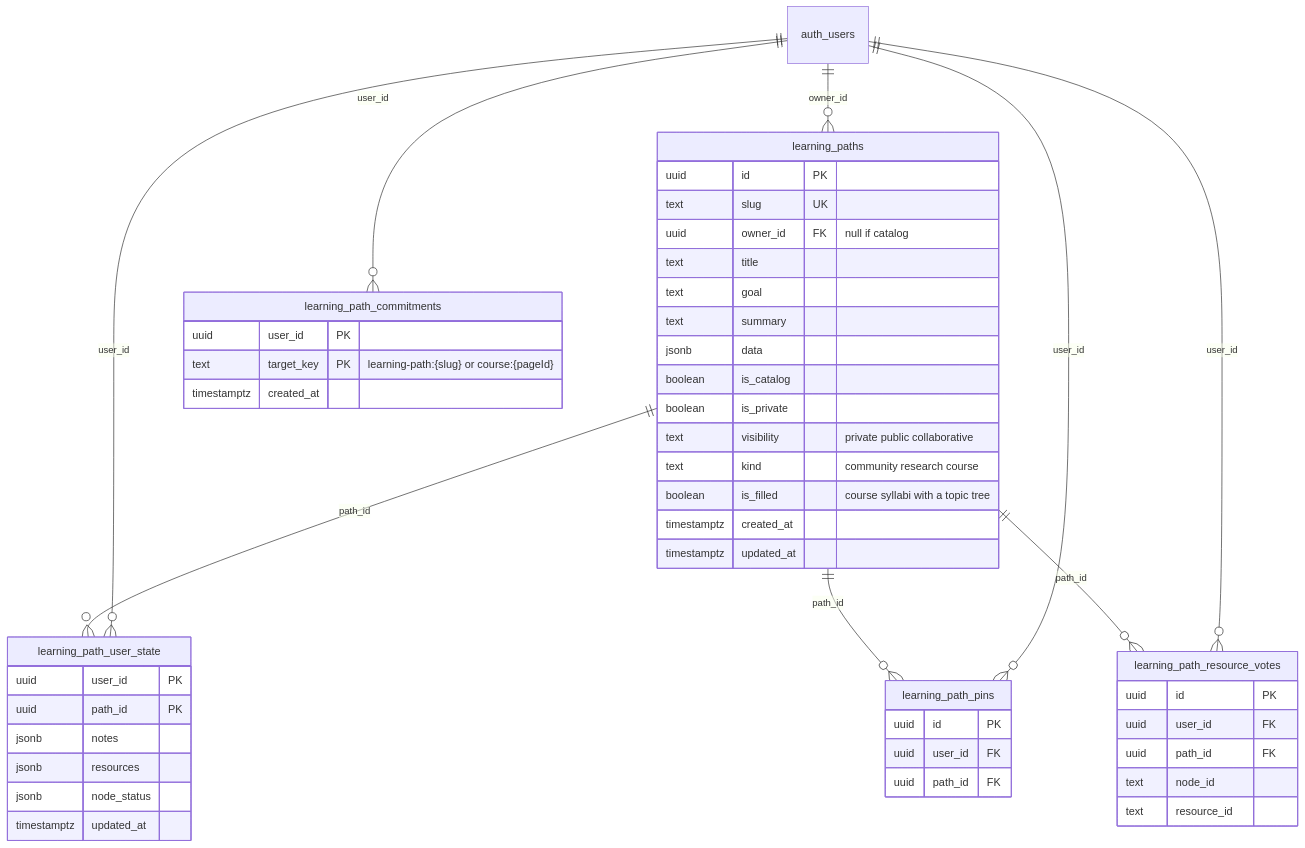
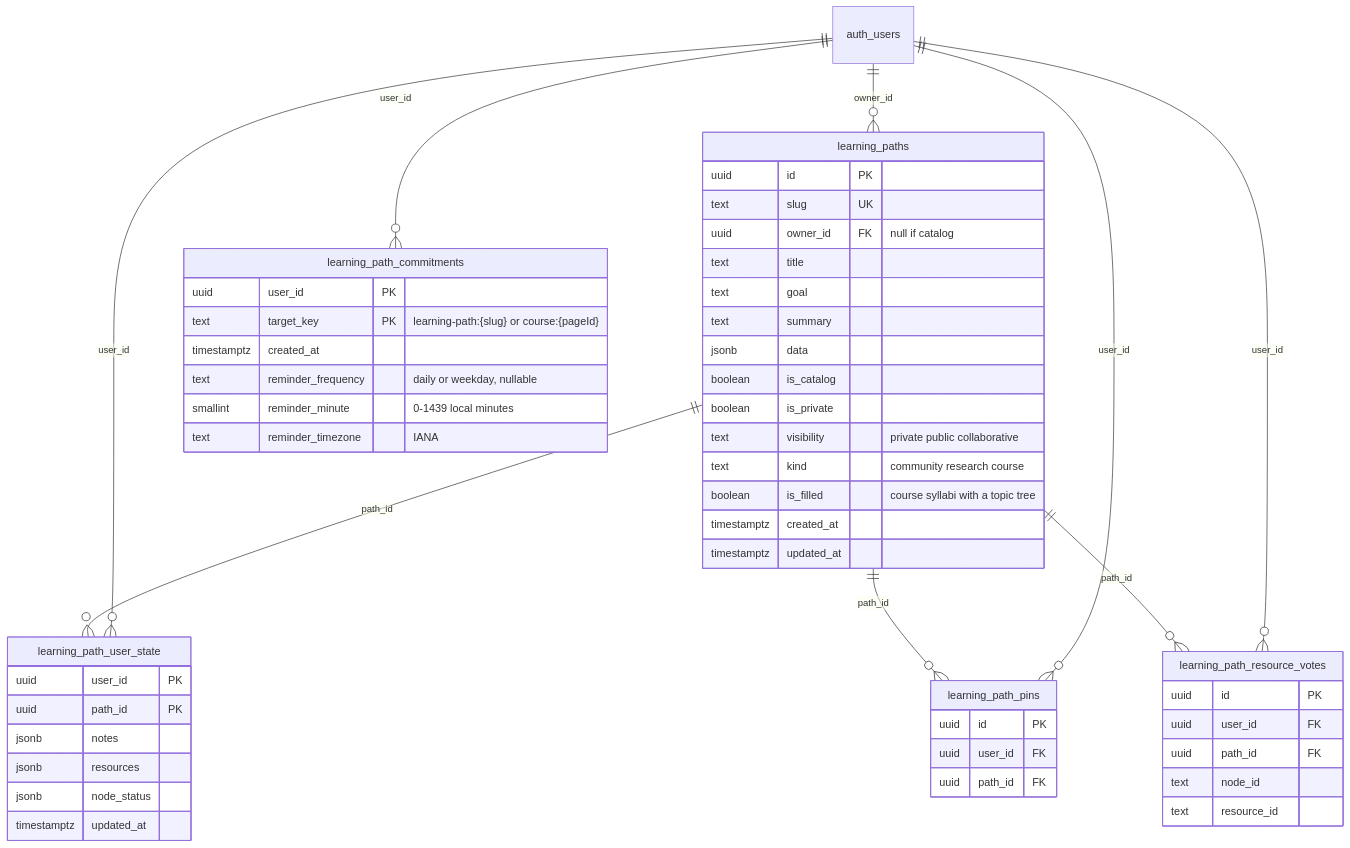
The sixth of 10 diagrams in docs/database.md (coursetexts/notion-site), drawn with Mermaid before and after one commit. The commit also changed other lines of this file and 11 other files, not shown here.

````diff
--- a/docs/database.md
+++ b/docs/database.md
@@ -315,57 +315,60 @@
 ```mermaid
 erDiagram
   auth_users ||--o{ learning_paths : "owner_id"
   learning_paths ||--o{ learning_path_user_state : "path_id"
   learning_paths ||--o{ learning_path_pins : "path_id"
   learning_paths ||--o{ learning_path_resource_votes : "path_id"
   auth_users ||--o{ learning_path_user_state : "user_id"
   auth_users ||--o{ learning_path_pins : "user_id"
   auth_users ||--o{ learning_path_resource_votes : "user_id"
   auth_users ||--o{ learning_path_commitments : "user_id"
 
   learning_paths {
     uuid id PK
     text slug UK
     uuid owner_id FK "null if catalog"
     text title
     text goal
     text summary
     jsonb data
     boolean is_catalog
     boolean is_private
     text visibility "private public collaborative"
     text kind "community research course"
     boolean is_filled "course syllabi with a topic tree"
     timestamptz created_at
     timestamptz updated_at
   }
 
   learning_path_user_state {
     uuid user_id PK
     uuid path_id PK
     jsonb notes
     jsonb resources
     jsonb node_status
     timestamptz updated_at
   }
 
   learning_path_pins {
     uuid id PK
     uuid user_id FK
     uuid path_id FK
   }
 
   learning_path_resource_votes {
     uuid id PK
     uuid user_id FK
     uuid path_id FK
     text node_id
     text resource_id
   }
 
   learning_path_commitments {
     uuid user_id PK
     text target_key PK "learning-path:{slug} or course:{pageId}"
     timestamptz created_at
+    text reminder_frequency "daily or weekday, nullable"
+    smallint reminder_minute "0-1439 local minutes"
+    text reminder_timezone "IANA"
   }
 ```
````
